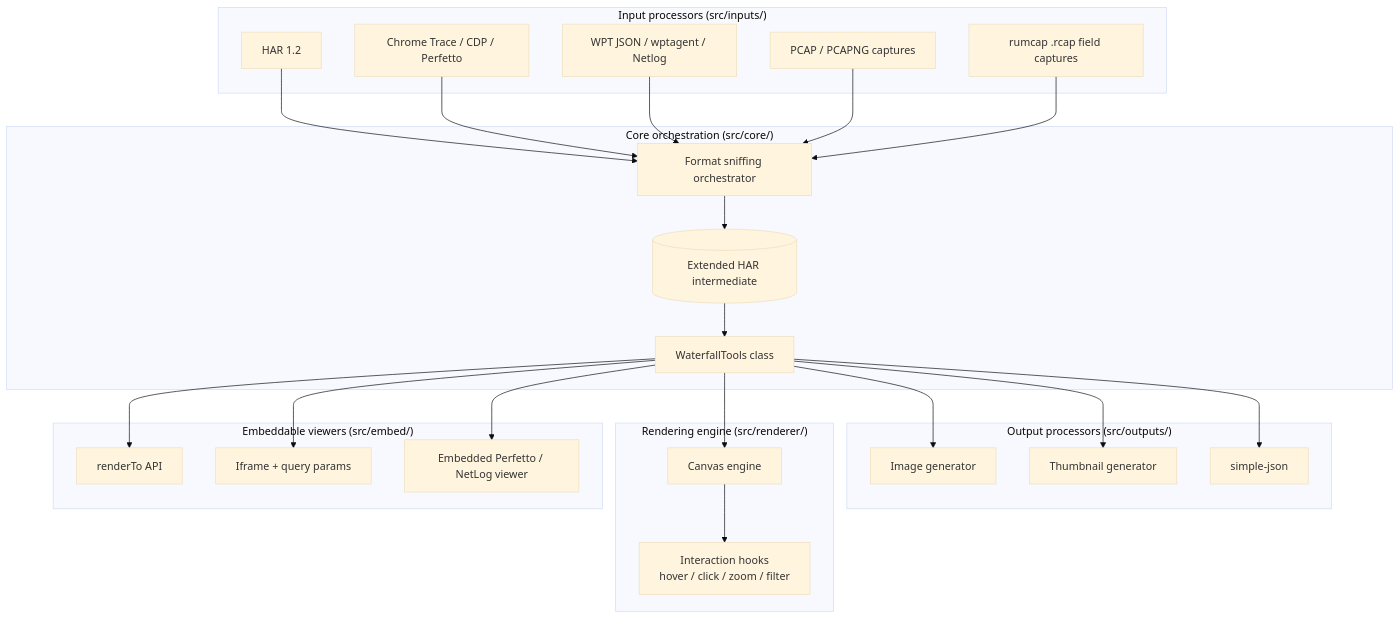
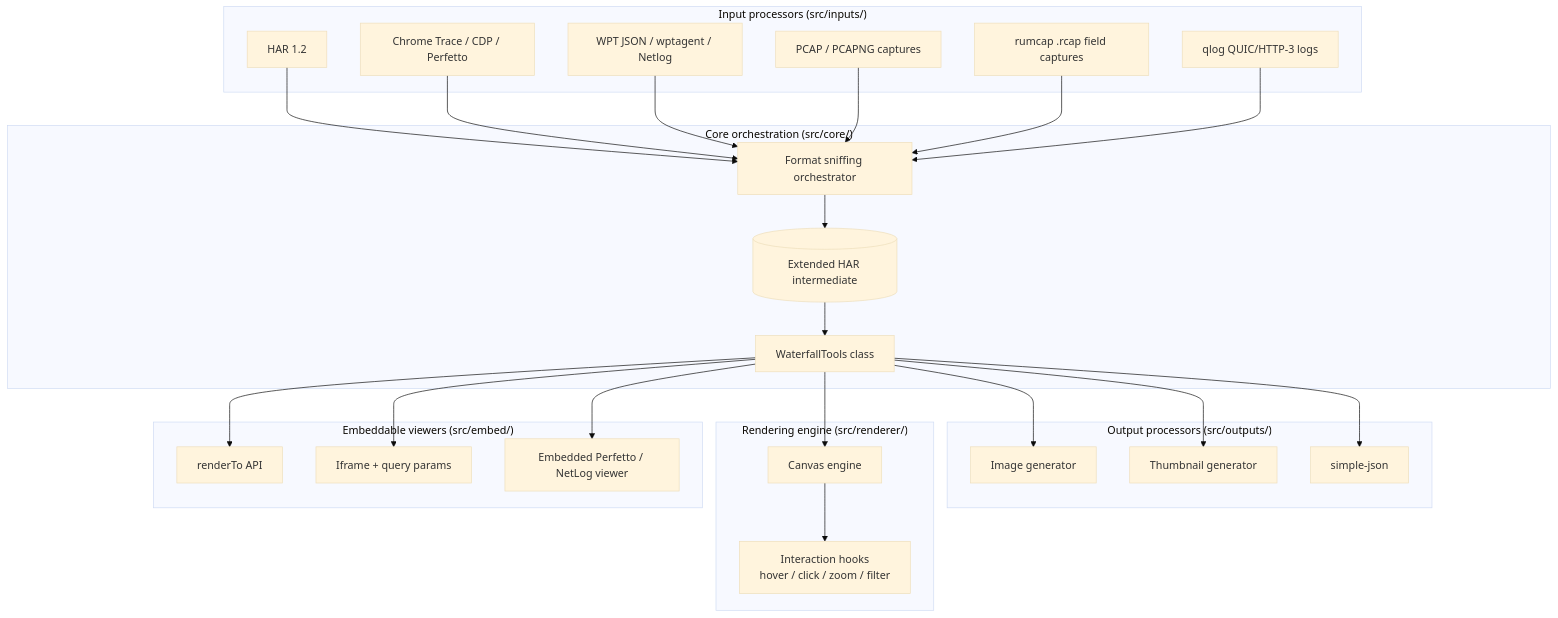
The diagram in Docs/Architecture.md (pmeenan/waterfall-tools), drawn with Mermaid (base theme) before and after one commit. The commit also changed other lines of this file and 30 other files, not shown here.

````diff
--- a/Docs/Architecture.md
+++ b/Docs/Architecture.md
@@ -16,53 +16,55 @@
 ```mermaid
 graph TD
     subgraph Inputs ["Input processors (src/inputs/)"]
         HAR[HAR 1.2]
         ChromeTrace[Chrome Trace / CDP / Perfetto]
         WPT[WPT JSON / wptagent / Netlog]
         Tcpdump[PCAP / PCAPNG captures]
         Rumcap[rumcap .rcap field captures]
+        Qlog[qlog QUIC/HTTP-3 logs]
     end
 
     subgraph Core ["Core orchestration (src/core/)"]
         Orchestrator[Format sniffing orchestrator]
         HAR_Ext[(Extended HAR intermediate)]
         Conductor[WaterfallTools class]
     end
 
     subgraph Outputs ["Output processors (src/outputs/)"]
         ImageGen[Image generator]
         ThumbGen[Thumbnail generator]
         JSONGen[simple-json]
     end
 
     subgraph Renderer ["Rendering engine (src/renderer/)"]
         Canvas[Canvas engine]
         Interactions[Interaction hooks<br/>hover / click / zoom / filter]
     end
 
     subgraph Embed ["Embeddable viewers (src/embed/)"]
         DirectEmbed[renderTo API]
         Iframe[Iframe + query params]
         External[Embedded Perfetto / NetLog viewer]
     end
 
     HAR --> Orchestrator
     ChromeTrace --> Orchestrator
     WPT --> Orchestrator
     Tcpdump --> Orchestrator
     Rumcap --> Orchestrator
+    Qlog --> Orchestrator
 
     Orchestrator --> HAR_Ext
     HAR_Ext --> Conductor
 
     Conductor --> ImageGen
     Conductor --> ThumbGen
     Conductor --> JSONGen
 
     Conductor --> Canvas
     Canvas --> Interactions
 
     Conductor --> DirectEmbed
     Conductor --> Iframe
     Conductor --> External
 ```
````
